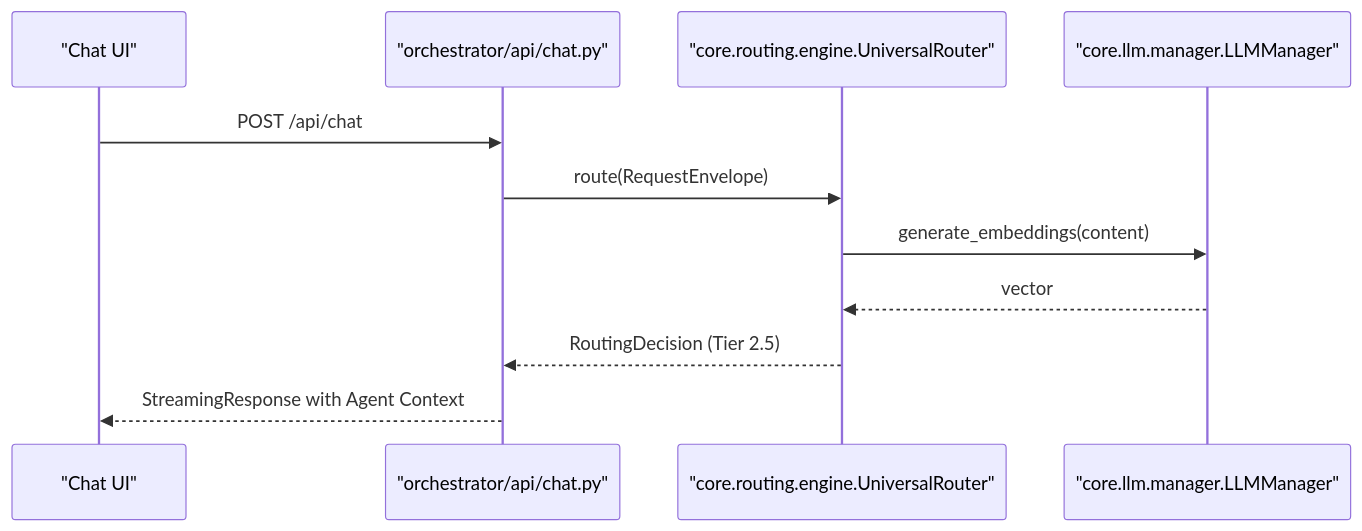
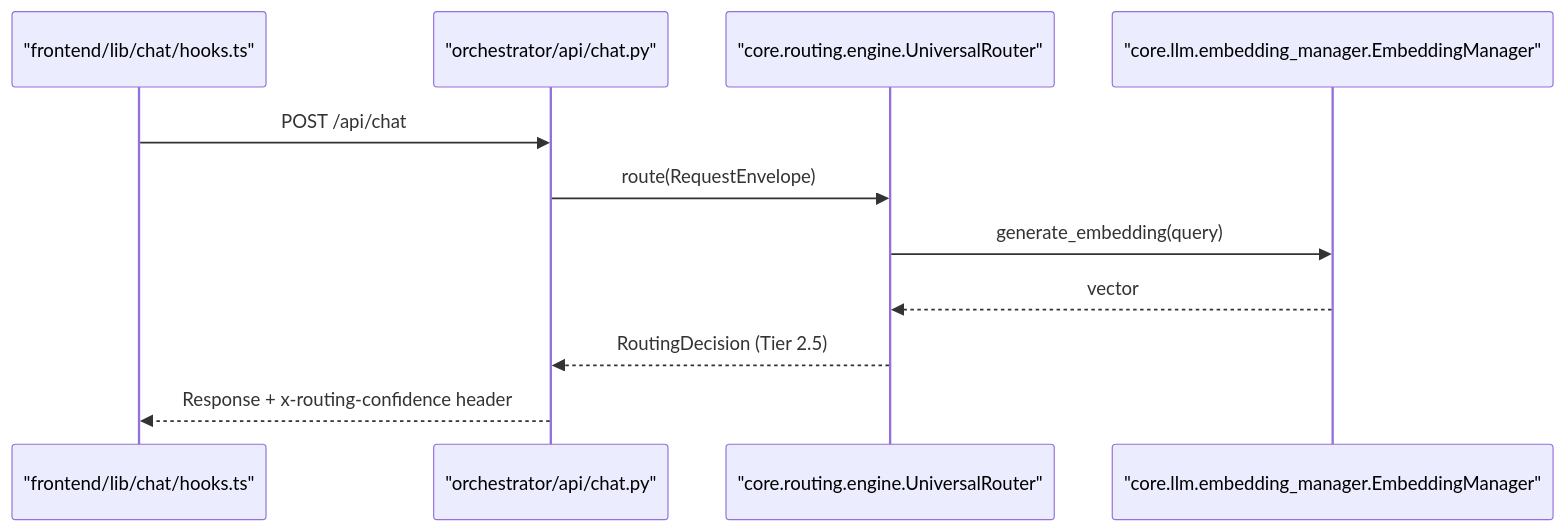
Before and after one commit to AutomatosAI/automatos-ai: the fourth of 4 diagrams in docs/universal-router/tier-25-semantic-similarity.md, drawn with Mermaid. The commit also changed other lines of this file and 153 other files, not shown here.

````diff
--- a/docs/universal-router/tier-25-semantic-similarity.md
+++ b/docs/universal-router/tier-25-semantic-similarity.md
@@ -181,14 +176,14 @@
 ```mermaid
 sequenceDiagram
-    participant UI as "Chat UI"
+    participant UI as "frontend/lib/chat/hooks.ts"
     participant API as "orchestrator/api/chat.py"
     participant Router as "core.routing.engine.UniversalRouter"
-    participant LLM as "core.llm.manager.LLMManager"
+    participant Embed as "core.llm.embedding_manager.EmbeddingManager"
     
     UI->>API: POST /api/chat
     API->>Router: route(RequestEnvelope)
-    Router->>LLM: generate_embeddings(content)
-    LLM-->>Router: vector
+    Router->>Embed: generate_embedding(query)
+    Embed-->>Router: vector
     Router-->>API: RoutingDecision (Tier 2.5)
-    API-->>UI: StreamingResponse with Agent Context
+    API-->>UI: Response + x-routing-confidence header
 ```
````
